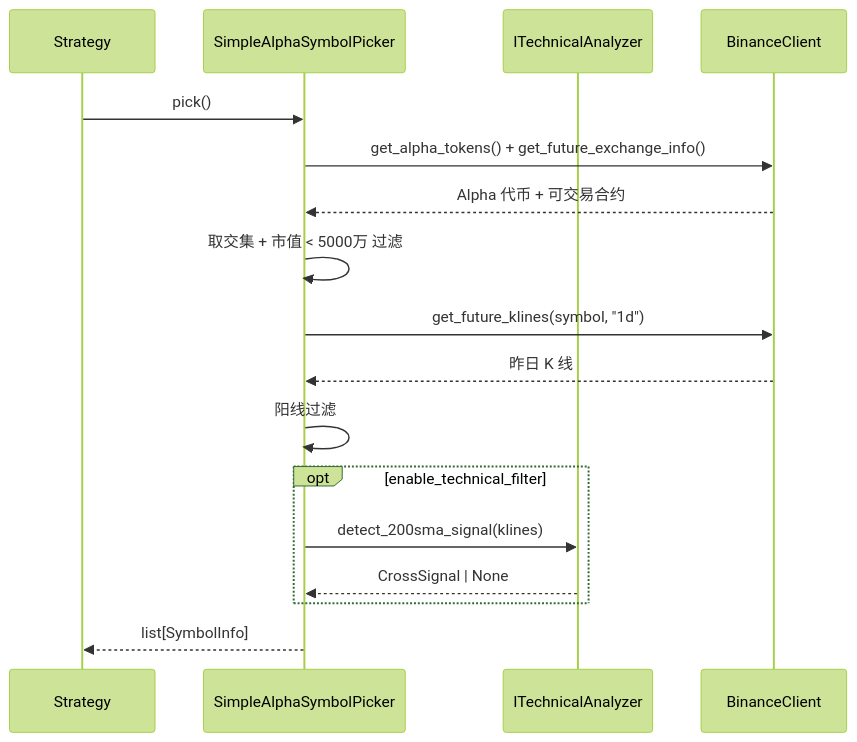
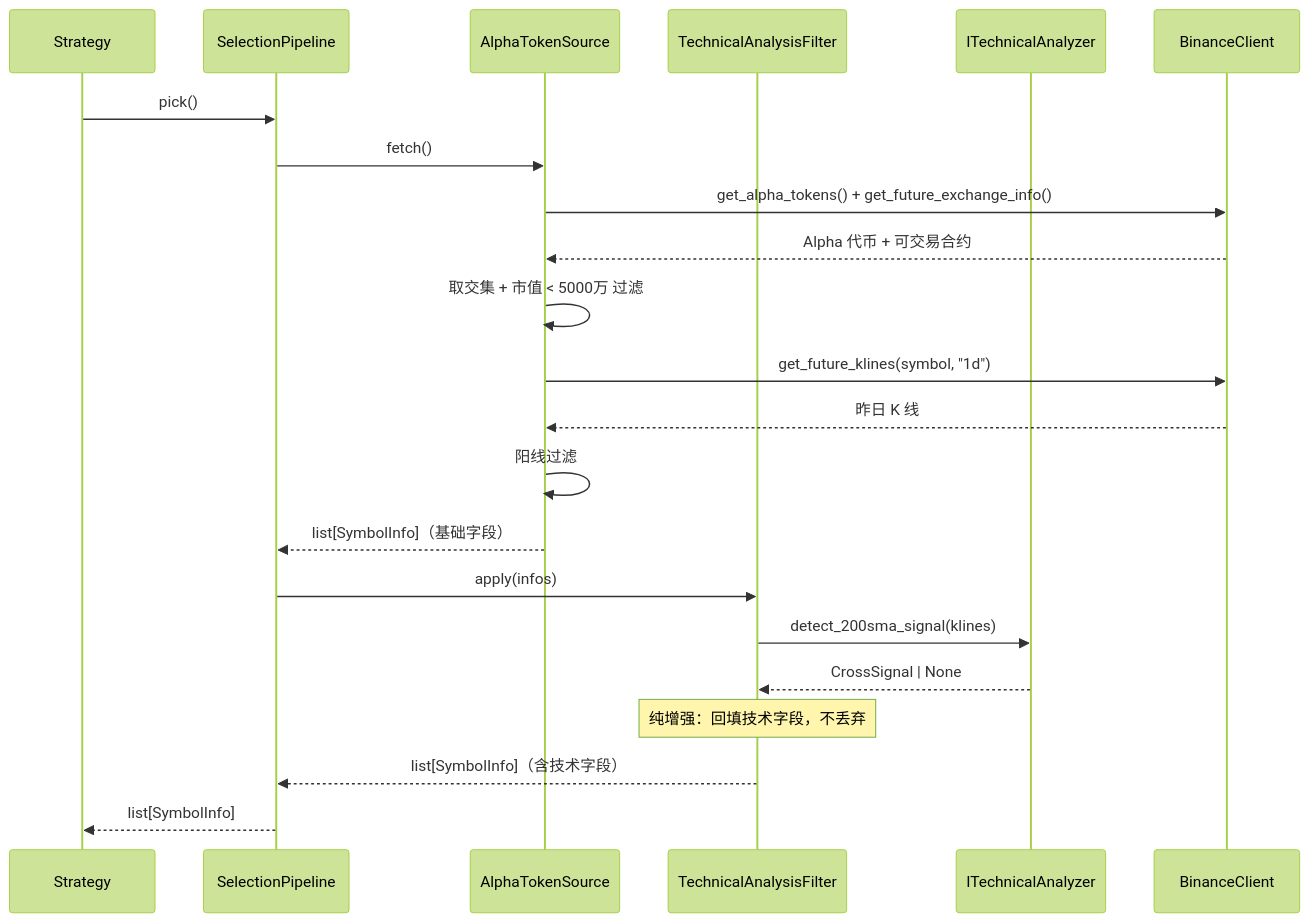
The third of 6 diagrams in architecture_document/06-integration.md (cqlwm/trading-service), drawn with Mermaid (forest theme) before and after one commit. The commit also changed other lines of this file and 16 other files, not shown here.

First line of the commit message:
refactor: 选币器与技术分析解耦为 source -> filter -> 策略管道模式

````diff
--- a/architecture_document/06-integration.md
+++ b/architecture_document/06-integration.md
@@ -104,20 +104,25 @@
 ```mermaid
 sequenceDiagram
     participant Strategy as Strategy
-    participant Picker as SimpleAlphaSymbolPicker
+    participant Pipeline as SelectionPipeline
+    participant Source as AlphaTokenSource
+    participant Filter as TechnicalAnalysisFilter
     participant Analyzer as ITechnicalAnalyzer
     participant Binance as BinanceClient
 
-    Strategy->>Picker: pick()
-    Picker->>Binance: get_alpha_tokens() + get_future_exchange_info()
-    Binance-->>Picker: Alpha 代币 + 可交易合约
-    Picker->>Picker: 取交集 + 市值 < 5000万 过滤
-    Picker->>Binance: get_future_klines(symbol, "1d")
-    Binance-->>Picker: 昨日 K 线
-    Picker->>Picker: 阳线过滤
-    opt enable_technical_filter
-        Picker->>Analyzer: detect_200sma_signal(klines)
-        Analyzer-->>Picker: CrossSignal | None
-    end
-    Picker-->>Strategy: list[SymbolInfo]
+    Strategy->>Pipeline: pick()
+    Pipeline->>Source: fetch()
+    Source->>Binance: get_alpha_tokens() + get_future_exchange_info()
+    Binance-->>Source: Alpha 代币 + 可交易合约
+    Source->>Source: 取交集 + 市值 < 5000万 过滤
+    Source->>Binance: get_future_klines(symbol, "1d")
+    Binance-->>Source: 昨日 K 线
+    Source->>Source: 阳线过滤
+    Source-->>Pipeline: list[SymbolInfo]（基础字段）
+    Pipeline->>Filter: apply(infos)
+    Filter->>Analyzer: detect_200sma_signal(klines)
+    Analyzer-->>Filter: CrossSignal | None
+    Note over Filter: 纯增强：回填技术字段，不丢弃
+    Filter-->>Pipeline: list[SymbolInfo]（含技术字段）
+    Pipeline-->>Strategy: list[SymbolInfo]
 ```
````
